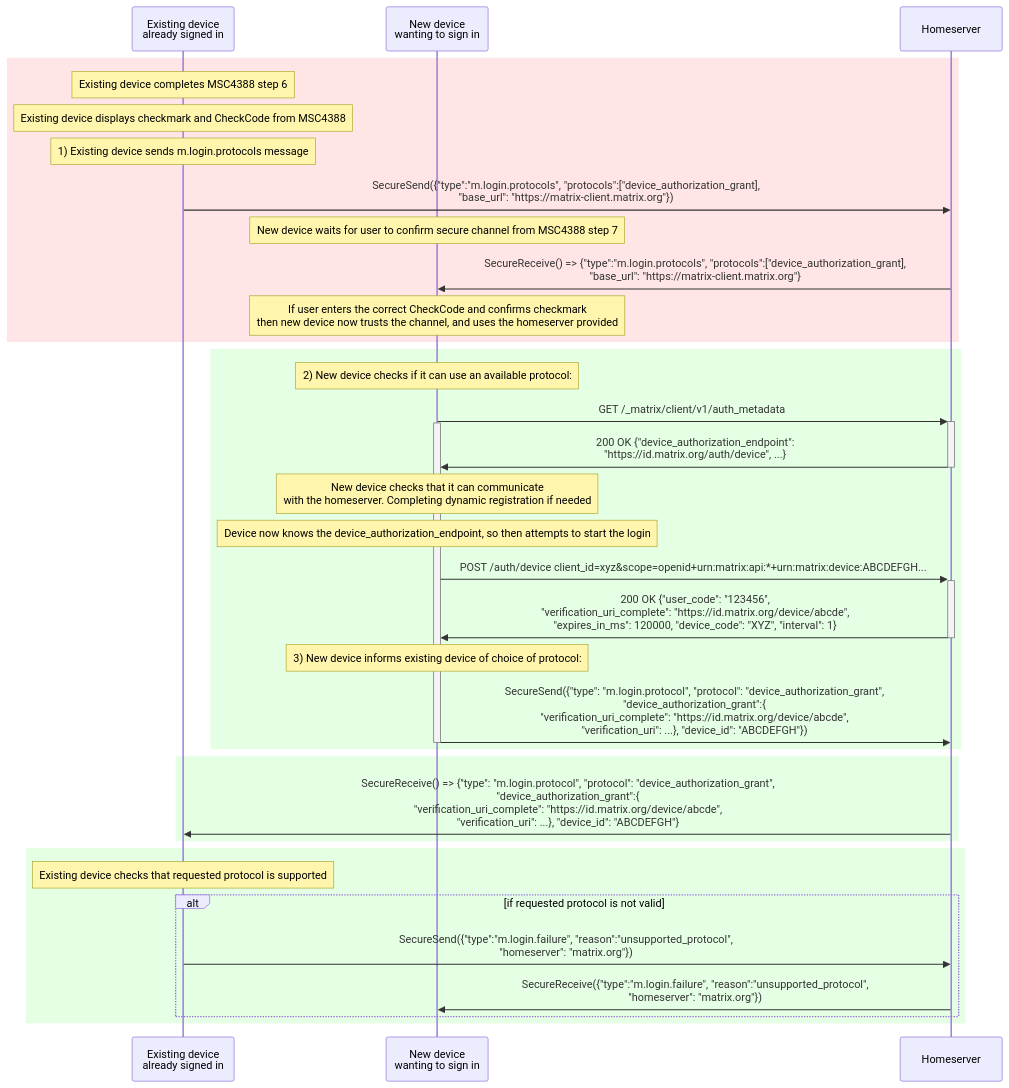
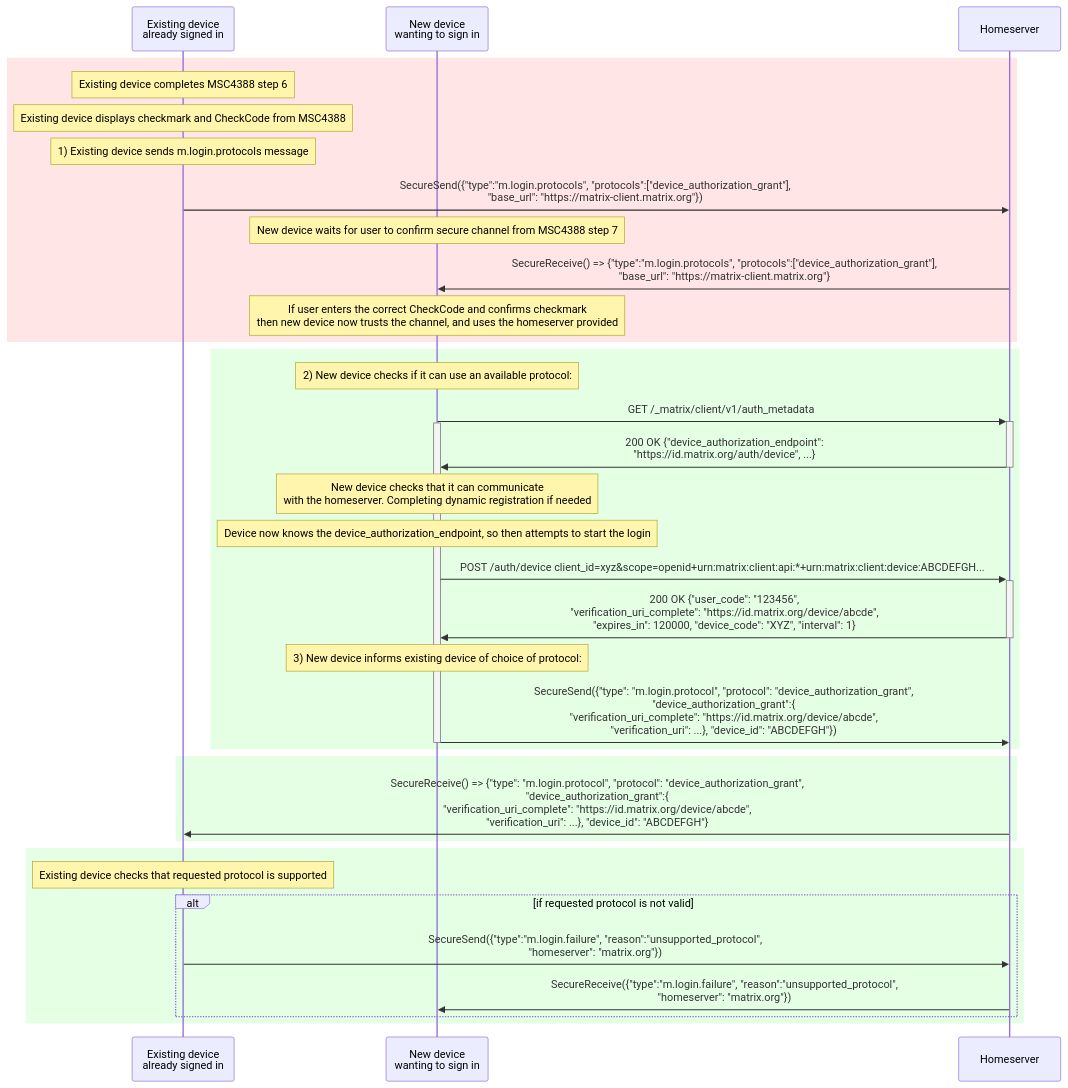
Before and after one commit to matrix-org/matrix-spec-proposals: the third of 5 diagrams in proposals/4108-oidc-qr-login.md, drawn with Mermaid. The commit also changed other lines of this file, not shown here.

````diff
--- a/proposals/4108-oidc-qr-login.md
+++ b/proposals/4108-oidc-qr-login.md
@@ -343,61 +343,61 @@
 ```mermaid
 sequenceDiagram
     participant E as Existing device <br>already signed in
     participant N as New device <br>wanting to sign in
     participant HS as Homeserver
 
 
     #alt if New device scanned QR code
     #    note over N: New device completes checks from secure channel establishment step 6 - it now trusts the channel
     #    note over N: 1) New device got server base URL from the QR code
 
     rect rgba(255,0,0, 0.1)
     #else if Existing device scanned QR code
         note over E: Existing device completes MSC4388 step 6
         note over E: Existing device displays checkmark and CheckCode from MSC4388
         note over E: 1) Existing device sends m.login.protocols message
-        E->>HS: SecureSend({"type":"m.login.protocols", "protocols":["device_authorization_grant],<br> "base_url": "https://matrix-client.matrix.org"})
+        E->>HS: SecureSend({"type":"m.login.protocols", "protocols":["device_authorization_grant"],<br> "base_url": "https://matrix-client.matrix.org"})
         note over N: New device waits for user to confirm secure channel from MSC4388 step 7
-        HS->>N: SecureReceive() => {"type":"m.login.protocols", "protocols":["device_authorization_grant],<br> "base_url": "https://matrix-client.matrix.org"}
+        HS->>N: SecureReceive() => {"type":"m.login.protocols", "protocols":["device_authorization_grant"],<br> "base_url": "https://matrix-client.matrix.org"}
         note over N: If user enters the correct CheckCode and confirms checkmark<br>then new device now trusts the channel, and uses the homeserver provided
     end
 
 
     rect rgba(0,255,0, 0.1)
     note over N: 2) New device checks if it can use an available protocol:
         N->>+HS: GET /_matrix/client/v1/auth_metadata
     activate N
         HS->>-N: 200 OK {"device_authorization_endpoint":<br> "https://id.matrix.org/auth/device", ...}
         Note over N: New device checks that it can communicate<br> with the homeserver. Completing dynamic registration if needed
         Note over N: Device now knows the device_authorization_endpoint, so then attempts to start the login
-        N->>+HS: POST /auth/device client_id=xyz&scope=openid+urn:matrix:api:*+urn:matrix:device:ABCDEFGH...
-        HS->>-N: 200 OK {"user_code": "123456",<br>"verification_uri_complete": "https://id.matrix.org/device/abcde",<br>"expires_in_ms": 120000, "device_code": "XYZ", "interval": 1}
+        N->>+HS: POST /auth/device client_id=xyz&scope=openid+urn:matrix:client:api:*+urn:matrix:client:device:ABCDEFGH...
+        HS->>-N: 200 OK {"user_code": "123456",<br>"verification_uri_complete": "https://id.matrix.org/device/abcde",<br>"expires_in": 120000, "device_code": "XYZ", "interval": 1}
         note over N: 3) New device informs existing device of choice of protocol:
         N->>HS: SecureSend({"type": "m.login.protocol", "protocol": "device_authorization_grant",<br> "device_authorization_grant":{<br>"verification_uri_complete": "https://id.matrix.org/device/abcde",<br>"verification_uri": ...}, "device_id": "ABCDEFGH"})
 
     deactivate N
     end
 
     # alt if New device scanned QR code
     #    note over N: New device displays checkmark and CheckCode
     #    note over E: Existing device waits for user to enter CheckCode<br>and confirm secure channel from step 7
     #end
 
     rect rgba(0,255,0, 0.1)
         HS->>E: SecureReceive() => {"type": "m.login.protocol", "protocol": "device_authorization_grant",<br> "device_authorization_grant":{<br>"verification_uri_complete": "https://id.matrix.org/device/abcde",<br>"verification_uri": ...}, "device_id": "ABCDEFGH"}
     end
 
     # alt if New device scanned QR code
     #    note over E: If user entered correct CheckCode<br>and confirms checkmark then existing device now trusts the channel
     #end
 
 
     rect rgba(0,255,0, 0.1)
     note over E: Existing device checks that requested protocol is supported
 
     alt if requested protocol is not valid
         E->>HS: SecureSend({"type":"m.login.failure", "reason":"unsupported_protocol",<br>"homeserver": "matrix.org"})
         HS->>N: SecureReceive({"type":"m.login.failure", "reason":"unsupported_protocol",<br>"homeserver": "matrix.org"})
     end
     end
 ```
````
